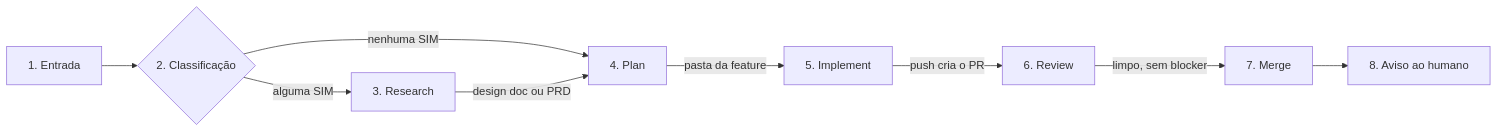
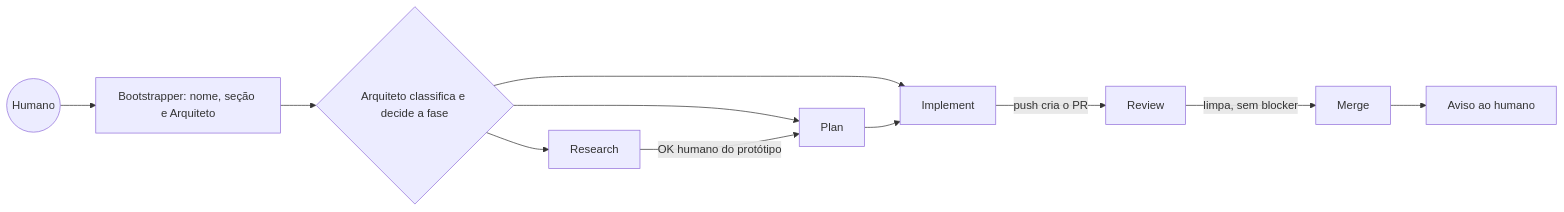
Before and after one commit to Elienaldo/fabrica-agentica-v2: the diagram in README.md, drawn with Mermaid. The commit also changed other lines of this file and 67 other files, not shown here.

First line of the commit message:
V2: Bootstrapper dinâmico, Arquiteto por feature, Âncora V2, webhooks configurados e docs alinhados

````diff
--- a/README.md
+++ b/README.md
@@ -94,11 +36,13 @@
 ```mermaid
 flowchart LR
-  E[1. Entrada] --> C{2. Classificação}
-  C -- alguma SIM --> R[3. Research]
-  C -- nenhuma SIM --> P
-  R -- design doc ou PRD --> P[4. Plan]
-  P -- pasta da feature --> I[5. Implement]
-  I -- push cria o PR --> V[6. Review]
-  V -- limpo, sem blocker --> M[7. Merge]
-  M --> A[8. Aviso ao humano]
+  H((Humano)) --> B[Bootstrapper: nome, seção e Arquiteto]
+  B --> C{Arquiteto classifica e decide a fase}
+  C --> R[Research]
+  C --> P[Plan]
+  C --> I[Implement]
+  R -- OK humano do protótipo --> P
+  P --> I
+  I -- push cria o PR --> V[Review]
+  V -- limpa, sem blocker --> M[Merge]
+  M --> A[Aviso ao humano]
 ```
````
